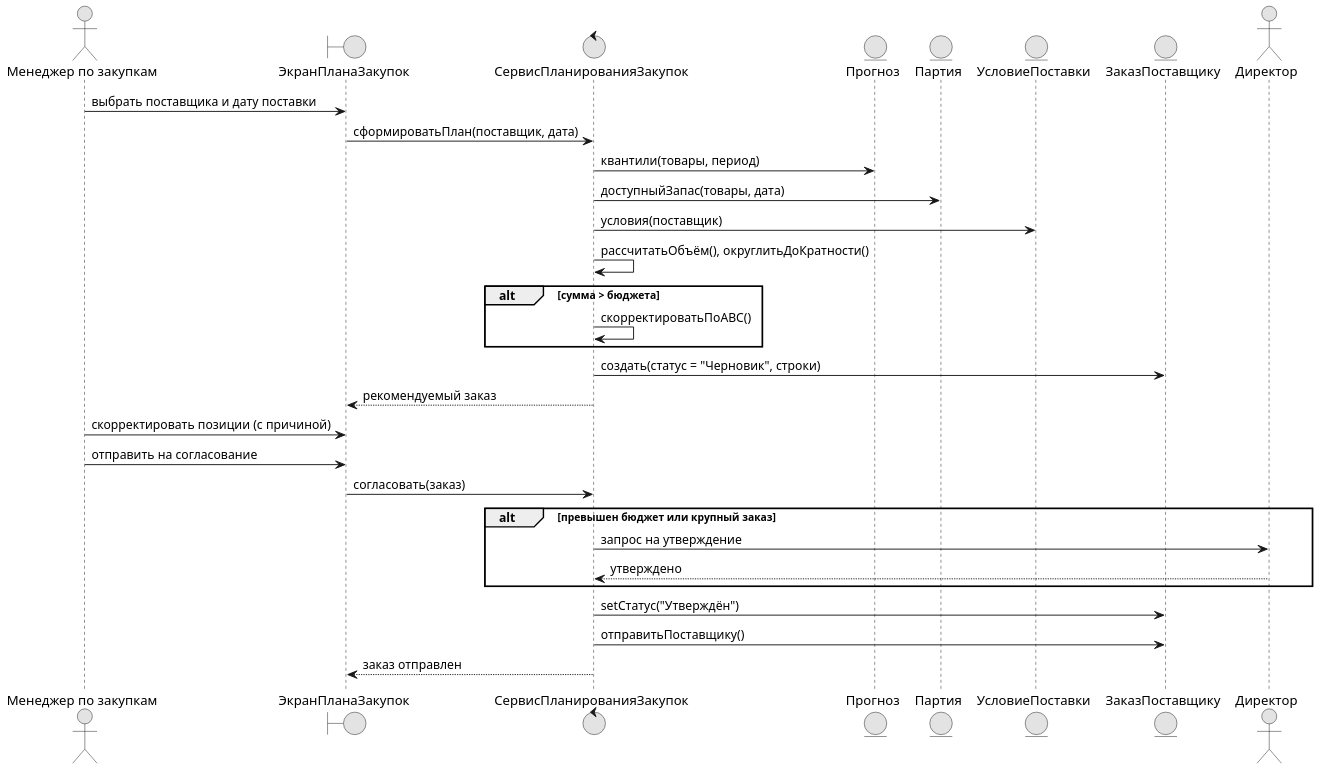
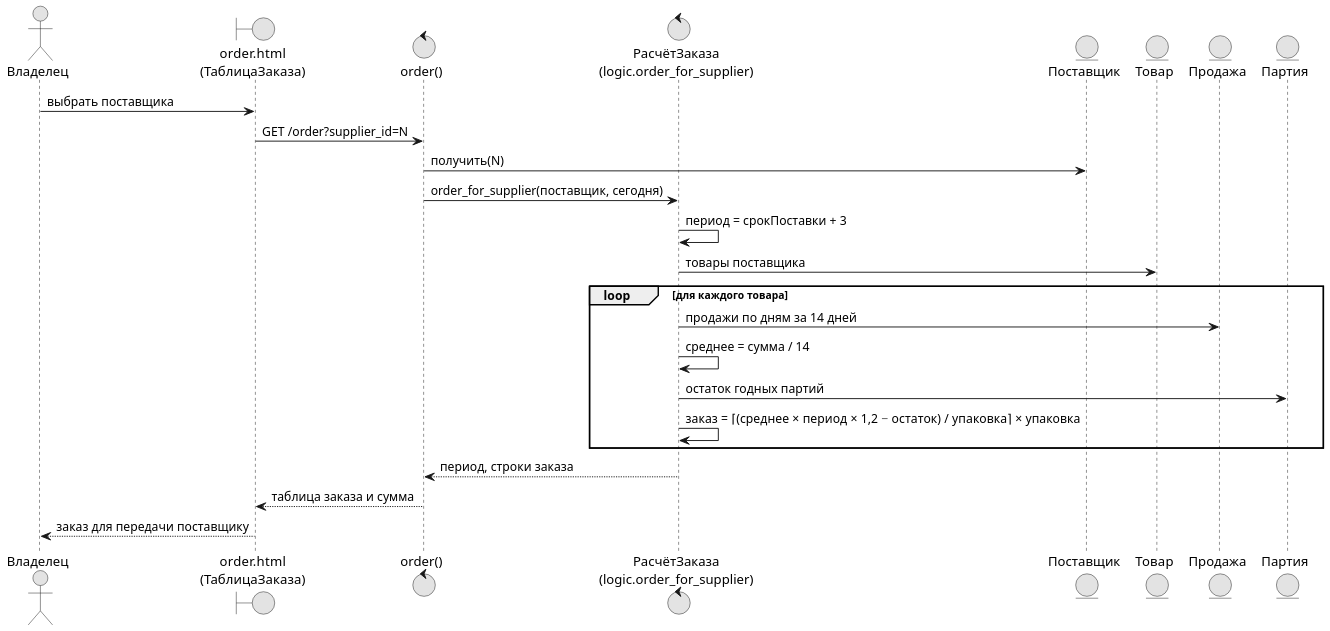
The diagram in diagrams/uml_seq_2.puml (DarkSwordman999/flower-demand-planning), drawn with PlantUML before and after one commit. The commit also changed 40 other files, not shown here.

Commit message:
ПР 5-6, 7-8, 9-10 под базовую редакцию: IDEF0/IDEF3 из пяти работ салона, UML по модулям app.py и logic.py, план из 12 этапов по датам ПР 3

```diff
--- a/diagrams/uml_seq_2.puml
+++ b/diagrams/uml_seq_2.puml
@@ -1,36 +1,30 @@
 @startuml
 !pragma layout smetana
 skinparam dpi 150
 skinparam defaultFontName Arial
 skinparam shadowing false
 skinparam monochrome true
-actor "Менеджер по закупкам" as MZ
-boundary "ЭкранПланаЗакупок" as UI
-control "СервисПланированияЗакупок" as S
-entity "Прогноз" as F
+actor "Владелец" as OW
+boundary "order.html\n(ТаблицаЗаказа)" as UI
+control "order()" as C
+control "РасчётЗаказа\n(logic.order_for_supplier)" as L
+entity "Поставщик" as SP
+entity "Товар" as T
+entity "Продажа" as S
 entity "Партия" as P
-entity "УсловиеПоставки" as U
-entity "ЗаказПоставщику" as Z
-actor "Директор" as DIR
-MZ -> UI : выбрать поставщика и дату поставки
-UI -> S : сформироватьПлан(поставщик, дата)
-S -> F : квантили(товары, период)
-S -> P : доступныйЗапас(товары, дата)
-S -> U : условия(поставщик)
-S -> S : рассчитатьОбъём(), округлитьДоКратности()
-alt сумма > бюджета
-  S -> S : скорректироватьПоABC()
+OW -> UI : выбрать поставщика
+UI -> C : GET /order?supplier_id=N
+C -> SP : получить(N)
+C -> L : order_for_supplier(поставщик, сегодня)
+L -> L : период = срокПоставки + 3
+L -> T : товары поставщика
+loop для каждого товара
+  L -> S : продажи по дням за 14 дней
+  L -> L : среднее = сумма / 14
+  L -> P : остаток годных партий
+  L -> L : заказ = ⌈(среднее × период × 1,2 − остаток) / упаковка⌉ × упаковка
 end
-S -> Z : создать(статус = "Черновик", строки)
-S --> UI : рекомендуемый заказ
-MZ -> UI : скорректировать позиции (с причиной)
-MZ -> UI : отправить на согласование
-UI -> S : согласовать(заказ)
-alt превышен бюджет или крупный заказ
-  S -> DIR : запрос на утверждение
-  DIR --> S : утверждено
-end
-S -> Z : setСтатус("Утверждён")
-S -> Z : отправитьПоставщику()
-S --> UI : заказ отправлен
+L --> C : период, строки заказа
+C --> UI : таблица заказа и сумма
+UI --> OW : заказ для передачи поставщику
 @enduml
```
